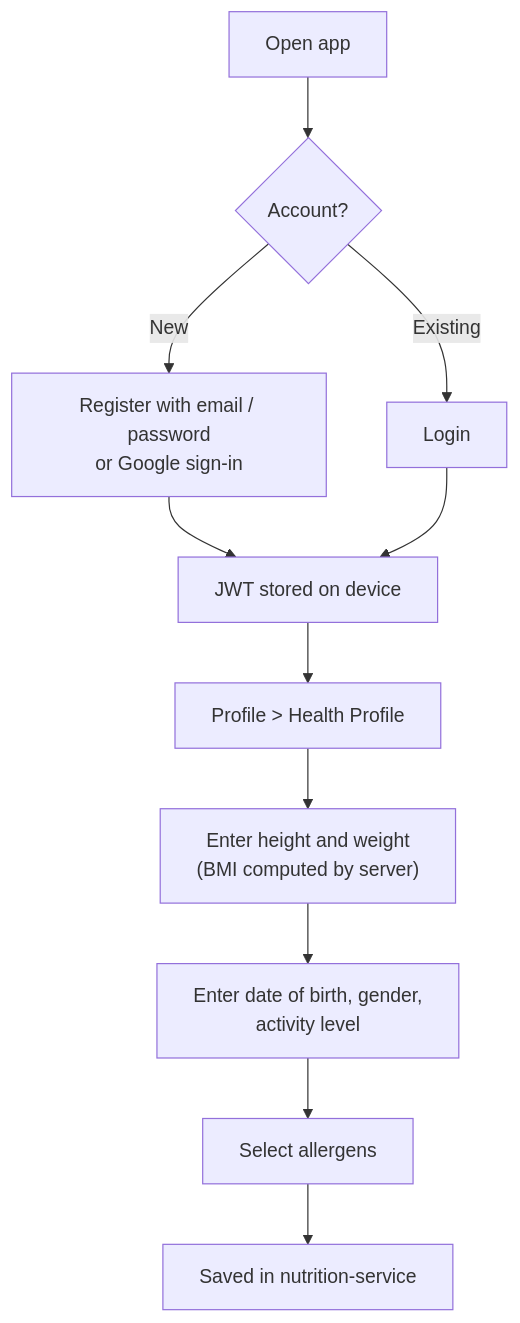
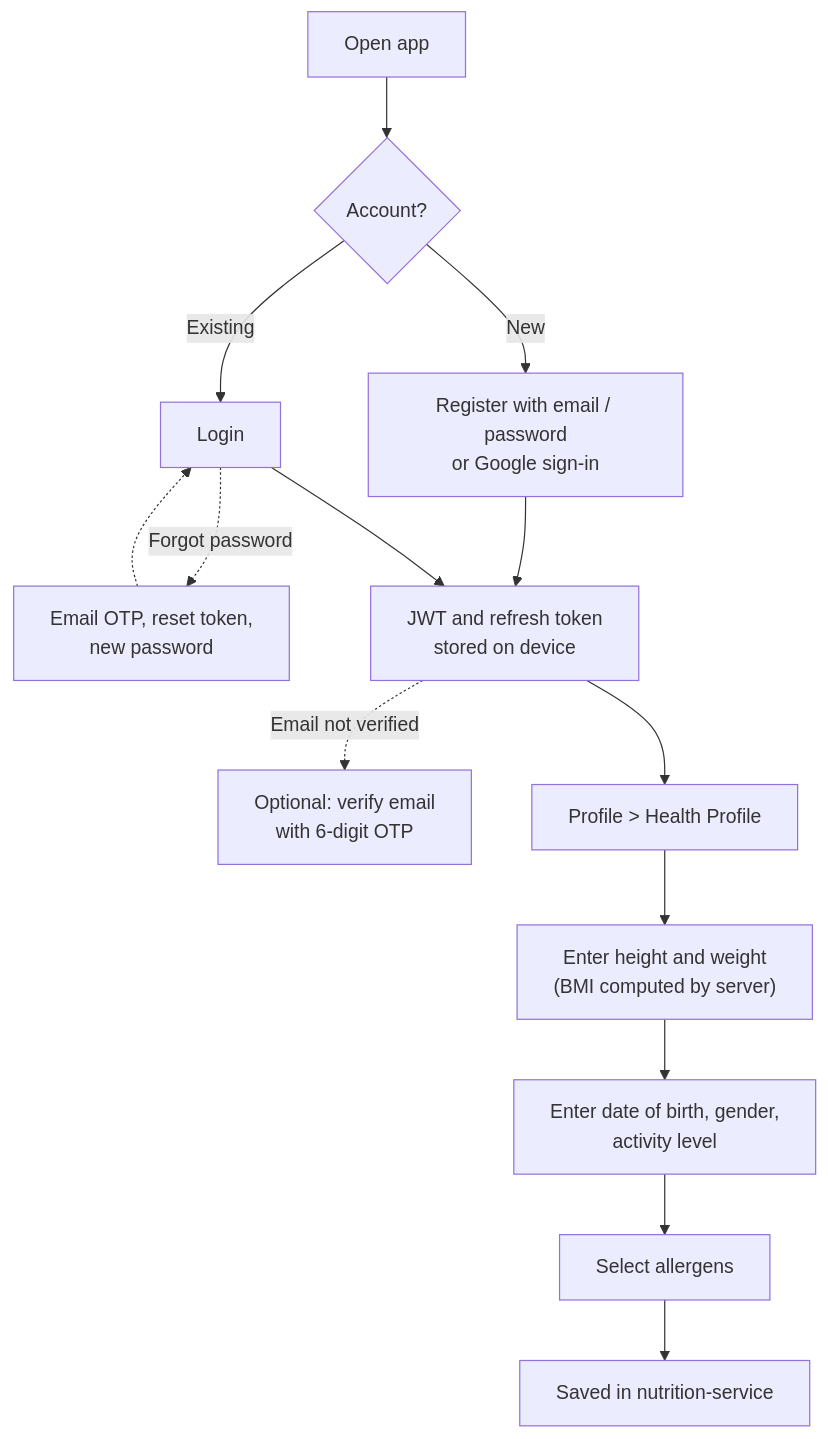
One commit to Phu0312/VeggiePal-Microservice changed diagram 15 of 19 in docs/PRM_CAPSTONE.md. Above: the diagram before and after it, drawn with Mermaid. The commit also changed other lines of this file and 15 other files, not shown here.

````diff
--- a/docs/PRM_CAPSTONE.md
+++ b/docs/PRM_CAPSTONE.md
@@ -1176,13 +1179,16 @@
 ```mermaid
 flowchart TD
     A["Open app"] --> B{"Account?"}
     B -- "New" --> C["Register with email / password<br/>or Google sign-in"]
     B -- "Existing" --> D["Login"]
-    C --> E["JWT stored on device"]
+    D -. "Forgot password" .-> R["Email OTP, reset token,<br/>new password"]
+    R -.-> D
+    C --> E["JWT and refresh token<br/>stored on device"]
     D --> E
+    E -. "Email not verified" .-> V["Optional: verify email<br/>with 6-digit OTP"]
     E --> F["Profile > Health Profile"]
     F --> G["Enter height and weight<br/>(BMI computed by server)"]
     G --> G2["Enter date of birth, gender,<br/>activity level"]
     G2 --> H["Select allergens"]
     H --> I["Saved in nutrition-service"]
 ```
````
